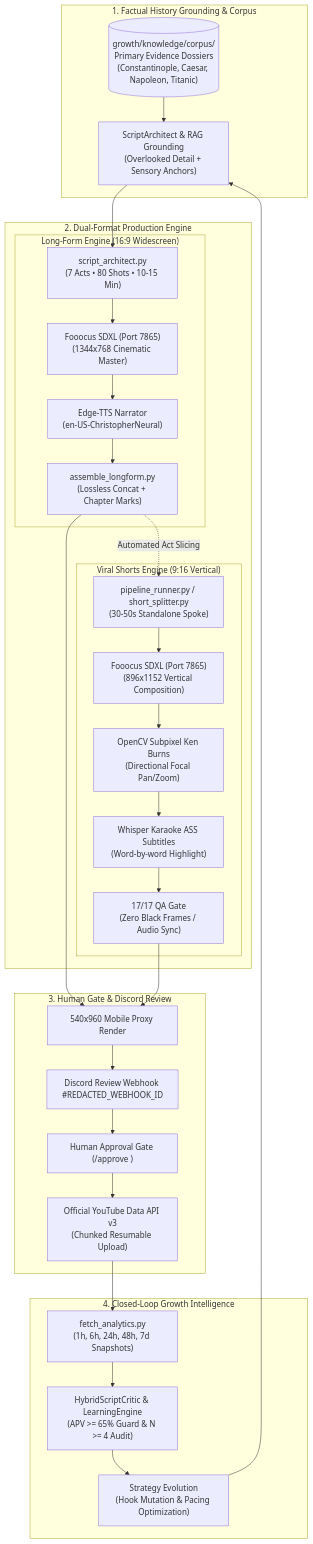
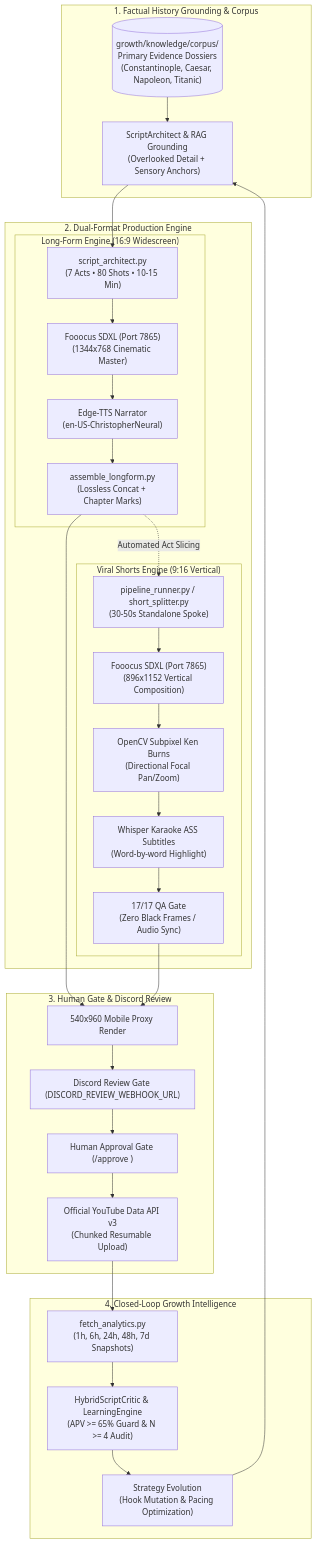
The diagram in README.md (sainishath/yt-automation), drawn with Mermaid before and after one commit. The commit also changed other lines of this file and 8 other files, not shown here.

Commit message:
feat(security): update review gate webhooks and stage Week 3 assets

````diff
--- a/README.md
+++ b/README.md
@@ -20,64 +20,64 @@
 ```mermaid
 flowchart TD
     %% ==========================================
     %% LAYER 1: KNOWLEDGE & RESEARCH
     %% ==========================================
     subgraph RESEARCH["1. Factual History Grounding & Corpus"]
         CORPUS[("growth/knowledge/corpus/\nPrimary Evidence Dossiers\n(Constantinople, Caesar, Napoleon, Titanic)")]
         RAG["ScriptArchitect & RAG Grounding\n(Overlooked Detail + Sensory Anchors)"]
         CORPUS --> RAG
     end
 
     %% ==========================================
     %% LAYER 2: PRODUCTION ENGINE
     %% ==========================================
     subgraph PRODUCTION["2. Dual-Format Production Engine"]
         subgraph LONGFORM["Long-Form Engine (16:9 Widescreen)"]
             LF_SCRIPT["script_architect.py\n(7 Acts • 80 Shots • 10-15 Min)"]
             LF_IMAGE["Fooocus SDXL (Port 7865)\n(1344x768 Cinematic Master)"]
             LF_VOICE["Edge-TTS Narrator\n(en-US-ChristopherNeural)"]
             LF_COMP["assemble_longform.py\n(Lossless Concat + Chapter Marks)"]
             
             LF_SCRIPT --> LF_IMAGE --> LF_VOICE --> LF_COMP
         end
 
         subgraph SHORTS["Viral Shorts Engine (9:16 Vertical)"]
             SH_RUN["pipeline_runner.py / short_splitter.py\n(30-50s Standalone Spoke)"]
             SH_IMAGE["Fooocus SDXL (Port 7865)\n(896x1152 Vertical Composition)"]
             SH_KB["OpenCV Subpixel Ken Burns\n(Directional Focal Pan/Zoom)"]
             SH_SUB["Whisper Karaoke ASS Subtitles\n(Word-by-word Highlight)"]
             SH_QA["17/17 QA Gate\n(Zero Black Frames / Audio Sync)"]
             
             SH_RUN --> SH_IMAGE --> SH_KB --> SH_SUB --> SH_QA
         end
 
         RAG --> LF_SCRIPT
         LF_COMP -.->|"Automated Act Slicing"| SH_RUN
     end
 
     %% ==========================================
     %% LAYER 3: REVIEW & UPLOAD
     %% ==========================================
     subgraph REVIEW["3. Human Gate & Discord Review"]
         PROXY["540x960 Mobile Proxy Render"]
-        DISCORD["Discord Review Webhook #REDACTED_WEBHOOK_ID"]
+        DISCORD["Discord Review Gate (DISCORD_REVIEW_WEBHOOK_URL)"]
         APPROVE["Human Approval Gate (/approve <job_id>)"]
         YT["Official YouTube Data API v3\n(Chunked Resumable Upload)"]
         
         LF_COMP --> PROXY
         SH_QA --> PROXY
         PROXY --> DISCORD --> APPROVE --> YT
     end
 
     %% ==========================================
     %% LAYER 4: ANALYTICS & CLOSED-LOOP LEARNING
     %% ==========================================
     subgraph LEARNING["4. Closed-Loop Growth Intelligence"]
         ANALYTICS["fetch_analytics.py\n(1h, 6h, 24h, 48h, 7d Snapshots)"]
         CRITIC["HybridScriptCritic & LearningEngine\n(APV >= 65% Guard & N >= 4 Audit)"]
         STRATEGY["Strategy Evolution\n(Hook Mutation & Pacing Optimization)"]
         
         YT --> ANALYTICS --> CRITIC --> STRATEGY
         STRATEGY --> RAG
     end
 ```
````
